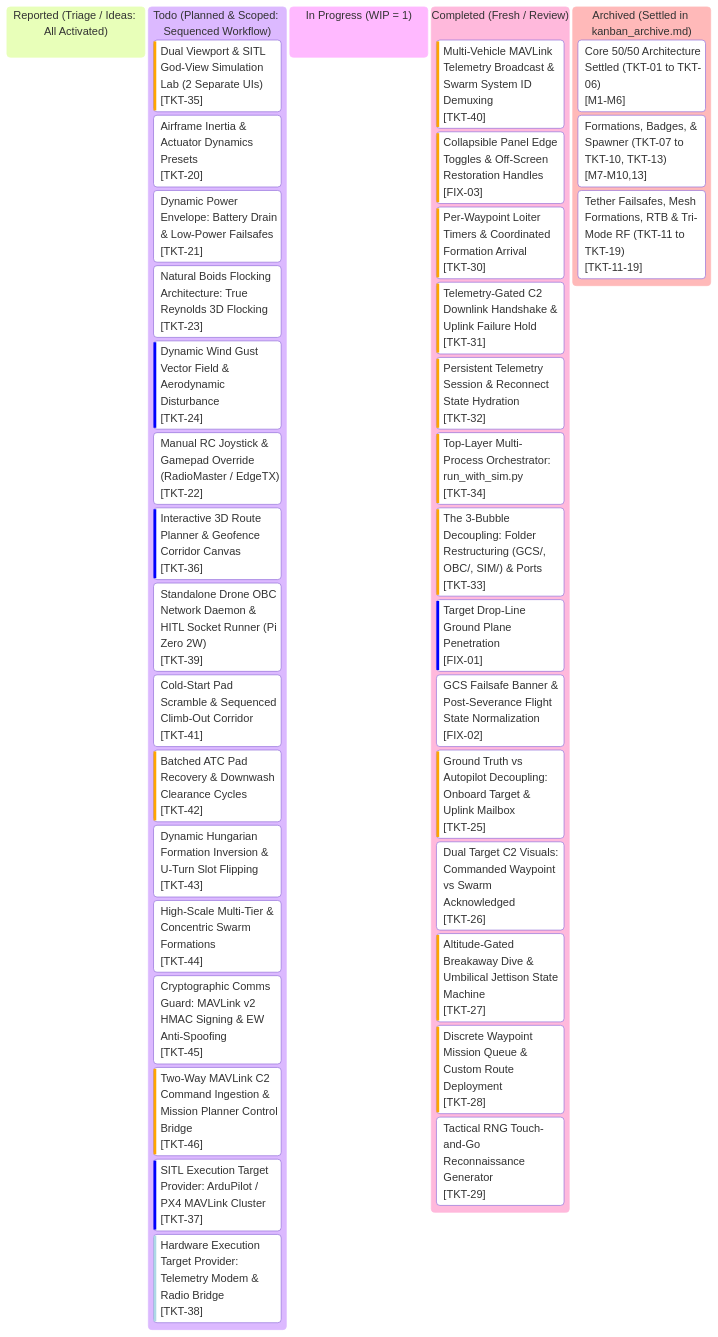
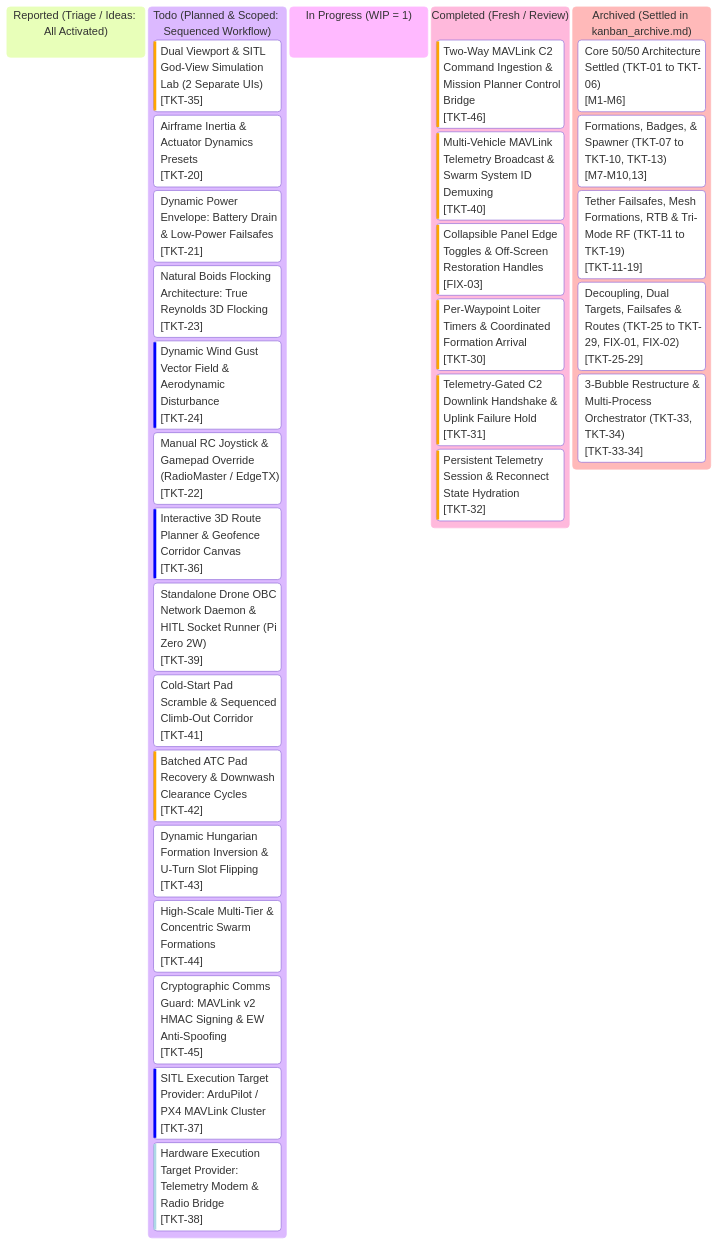
The diagram in kanban.md (AlitheiaDeus/SwarmTech_v3-Uprising), drawn with Mermaid before and after one commit. The commit also changed other lines of this file and 3 other files, not shown here.

Commit message:
feat(mavlink): two-way C2 command ingestion & dynamic SIM home anchor [TKT-46]

````diff
--- a/kanban.md
+++ b/kanban.md
@@ -10,61 +10,54 @@
 ```mermaid
 %%{init: {
   'theme': 'base',
   'themeVariables': {
     'primaryColor': '#0d2235',
     'primaryTextColor': '#d4f4ff',
     'primaryBorderColor': '#00f0ff',
     'lineColor': '#00f0ff',
     'background': '#061019',
     'mainBkg': '#0a1926',
     'secondaryColor': '#081420',
     'secondaryTextColor': '#5a7e96',
     'secondaryBorderColor': '#134e6f',
     'tertiaryColor': '#0e263d',
     'tertiaryTextColor': '#00ffaa',
     'tertiaryBorderColor': '#00ffaa',
     'clusterBkg': '#081420',
     'clusterBorder': '#134e6f',
     'fontFamily': "'JetBrains Mono', 'Courier New', monospace"
   }
 }}%%
 kanban
   reported["Reported (Triage / Ideas: All Activated)"]
   todo["Todo (Planned & Scoped: Sequenced Workflow)"]
     tkt35["Dual Viewport & SITL God-View Simulation Lab (2 Separate UIs)"]@{ ticket: '[TKT-35]', priority: 'High' }
     tkt20["Airframe Inertia & Actuator Dynamics Presets"]@{ ticket: '[TKT-20]', priority: 'Medium' }
     tkt21["Dynamic Power Envelope: Battery Drain & Low-Power Failsafes"]@{ ticket: '[TKT-21]', priority: 'Medium' }
     tkt23["Natural Boids Flocking Architecture: True Reynolds 3D Flocking"]@{ ticket: '[TKT-23]', priority: 'Medium' }
     tkt24["Dynamic Wind Gust Vector Field & Aerodynamic Disturbance"]@{ ticket: '[TKT-24]', priority: 'Low' }
     tkt22["Manual RC Joystick & Gamepad Override (RadioMaster / EdgeTX)"]@{ ticket: '[TKT-22]', priority: 'Medium' }
     tkt36["Interactive 3D Route Planner & Geofence Corridor Canvas"]@{ ticket: '[TKT-36]', priority: 'Low' }
     tkt39["Standalone Drone OBC Network Daemon & HITL Socket Runner (Pi Zero 2W)"]@{ ticket: '[TKT-39]', priority: 'Medium' }
     tkt41["Cold-Start Pad Scramble & Sequenced Climb-Out Corridor"]@{ ticket: '[TKT-41]', priority: 'Medium' }
     tkt42["Batched ATC Pad Recovery & Downwash Clearance Cycles"]@{ ticket: '[TKT-42]', priority: 'High' }
     tkt43["Dynamic Hungarian Formation Inversion & U-Turn Slot Flipping"]@{ ticket: '[TKT-43]', priority: 'Medium' }
     tkt44["High-Scale Multi-Tier & Concentric Swarm Formations"]@{ ticket: '[TKT-44]', priority: 'Medium' }
     tkt45["Cryptographic Comms Guard: MAVLink v2 HMAC Signing & EW Anti-Spoofing"]@{ ticket: '[TKT-45]', priority: 'Medium' }
-    tkt46["Two-Way MAVLink C2 Command Ingestion & Mission Planner Control Bridge"]@{ ticket: '[TKT-46]', priority: 'High' }
     tkt37["SITL Execution Target Provider: ArduPilot / PX4 MAVLink Cluster"]@{ ticket: '[TKT-37]', priority: 'Low' }
     tkt38["Hardware Execution Target Provider: Telemetry Modem & Radio Bridge"]@{ ticket: '[TKT-38]', priority: 'Very Low' }
   in_progress["In Progress (WIP = 1)"]
   completed["Completed (Fresh / Review)"]
+    tkt46["Two-Way MAVLink C2 Command Ingestion & Mission Planner Control Bridge"]@{ ticket: '[TKT-46]', priority: 'High' }
     tkt40["Multi-Vehicle MAVLink Telemetry Broadcast & Swarm System ID Demuxing"]@{ ticket: '[TKT-40]', priority: 'High' }
     fix03["Collapsible Panel Edge Toggles & Off-Screen Restoration Handles"]@{ ticket: '[FIX-03]', priority: 'High' }
     tkt30["Per-Waypoint Loiter Timers & Coordinated Formation Arrival"]@{ ticket: '[TKT-30]', priority: 'High' }
     tkt31["Telemetry-Gated C2 Downlink Handshake & Uplink Failure Hold"]@{ ticket: '[TKT-31]', priority: 'High' }
     tkt32["Persistent Telemetry Session & Reconnect State Hydration"]@{ ticket: '[TKT-32]', priority: 'High' }
-    tkt34["Top-Layer Multi-Process Orchestrator: run_with_sim.py"]@{ ticket: '[TKT-34]', priority: 'High' }
-    tkt33["The 3-Bubble Decoupling: Folder Restructuring (GCS/, OBC/, SIM/) & Ports"]@{ ticket: '[TKT-33]', priority: 'High' }
-    fix01["Target Drop-Line Ground Plane Penetration"]@{ ticket: '[FIX-01]', priority: 'Low' }
-    fix02["GCS Failsafe Banner & Post-Severance Flight State Normalization"]@{ ticket: '[FIX-02]', priority: 'Medium' }
-    tkt25["Ground Truth vs Autopilot Decoupling: Onboard Target & Uplink Mailbox"]@{ ticket: '[TKT-25]', priority: 'High' }
-    tkt26["Dual Target C2 Visuals: Commanded Waypoint vs Swarm Acknowledged"]@{ ticket: '[TKT-26]', priority: 'Medium' }
-    tkt27["Altitude-Gated Breakaway Dive & Umbilical Jettison State Machine"]@{ ticket: '[TKT-27]', priority: 'High' }
-    tkt28["Discrete Waypoint Mission Queue & Custom Route Deployment"]@{ ticket: '[TKT-28]', priority: 'High' }
-    tkt29["Tactical RNG Touch-and-Go Reconnaissance Generator"]@{ ticket: '[TKT-29]', priority: 'Medium' }
   archived["Archived (Settled in kanban_archive.md)"]
     arch_m1_6["Core 50/50 Architecture Settled (TKT-01 to TKT-06)"]@{ ticket: '[M1-M6]' }
     arch_m7_10_13["Formations, Badges, & Spawner (TKT-07 to TKT-10, TKT-13)"]@{ ticket: '[M7-M10,13]' }
     arch_m11_19["Tether Failsafes, Mesh Formations, RTB & Tri-Mode RF (TKT-11 to TKT-19)"]@{ ticket: '[TKT-11-19]' }
+    arch_m25_29["Decoupling, Dual Targets, Failsafes & Routes (TKT-25 to TKT-29, FIX-01, FIX-02)"]@{ ticket: '[TKT-25-29]' }
+    arch_m33_34["3-Bubble Restructure & Multi-Process Orchestrator (TKT-33, TKT-34)"]@{ ticket: '[TKT-33-34]' }
 ```
````
